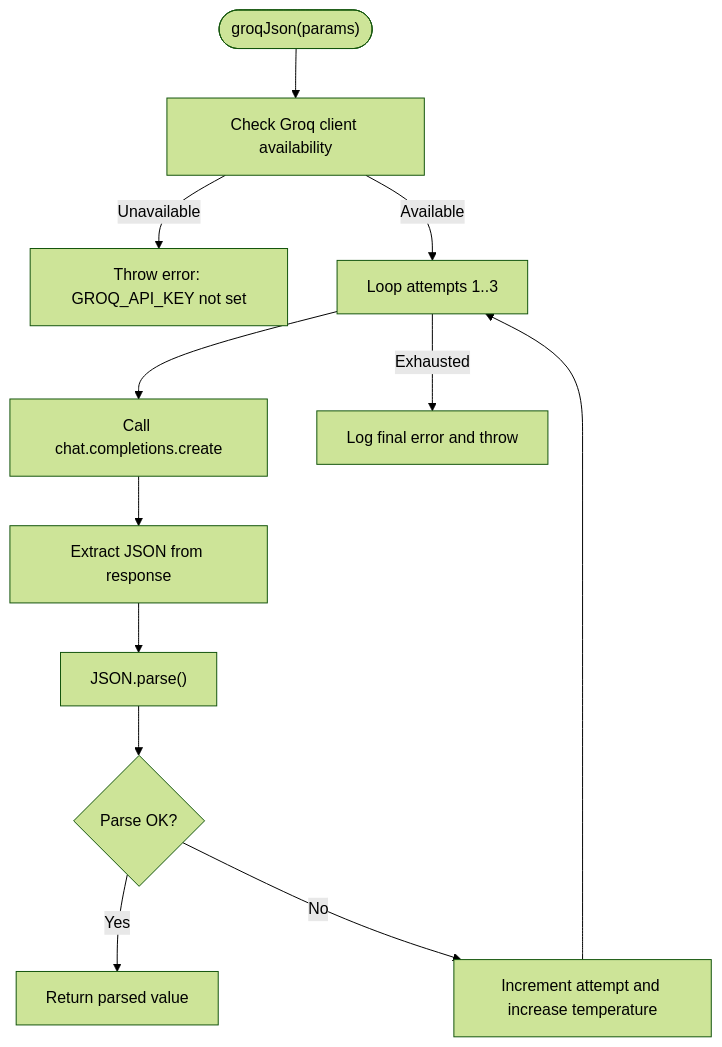
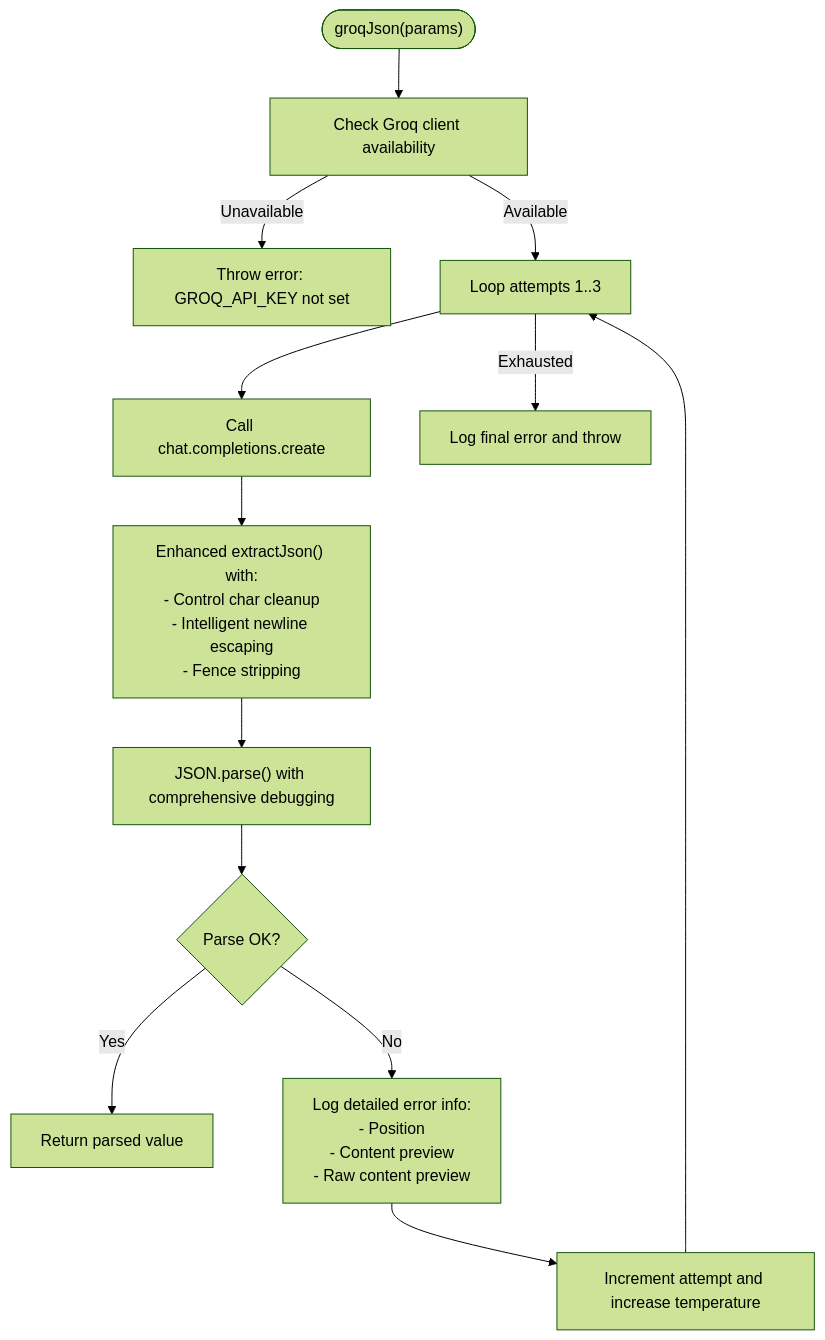
One commit to aravinthraj-ramalingam/Groww-App-Review-Insights-Analyzer- changed the third of 9 diagrams in .qoder/repowiki/en/content/Phase 2_ Advanced Analytics & Automation/LLM Integration with Groq.md. Above: the diagram before and after it, drawn with Mermaid (forest theme). The commit also changed other lines of this file and 4 other files, not shown here.

Commit message:
Fix JSON newline escaping with state machine parser

````diff
--- a/.qoder/repowiki/en/content/Phase 2_ Advanced Analytics & Automation/LLM Integration with Groq.md
+++ b/.qoder/repowiki/en/content/Phase 2_ Advanced Analytics & Automation/LLM Integration with Groq.md
@@ -138,14 +151,15 @@
 ```mermaid
 flowchart TD
 Start(["groqJson(params)"]) --> CheckKey["Check Groq client availability"]
 CheckKey --> |Unavailable| ThrowErr["Throw error: GROQ_API_KEY not set"]
 CheckKey --> |Available| Loop["Loop attempts 1..3"]
 Loop --> TryCall["Call chat.completions.create"]
-TryCall --> ParseResp["Extract JSON from response"]
-ParseResp --> Validate["JSON.parse()"]
+TryCall --> ParseResp["Enhanced extractJson() with:<br/>- Control char cleanup<br/>- Intelligent newline escaping<br/>- Fence stripping"]
+ParseResp --> Validate["JSON.parse() with comprehensive debugging"]
 Validate --> Success{"Parse OK?"}
 Success --> |Yes| ReturnVal["Return parsed value"]
-Success --> |No| NextAttempt["Increment attempt and increase temperature"]
+Success --> |No| DebugInfo["Log detailed error info:<br/>- Position<br/>- Content preview<br/>- Raw content preview"]
+DebugInfo --> NextAttempt["Increment attempt and increase temperature"]
 NextAttempt --> Loop
 Loop --> |Exhausted| FinalErr["Log final error and throw"]
 ```
````
